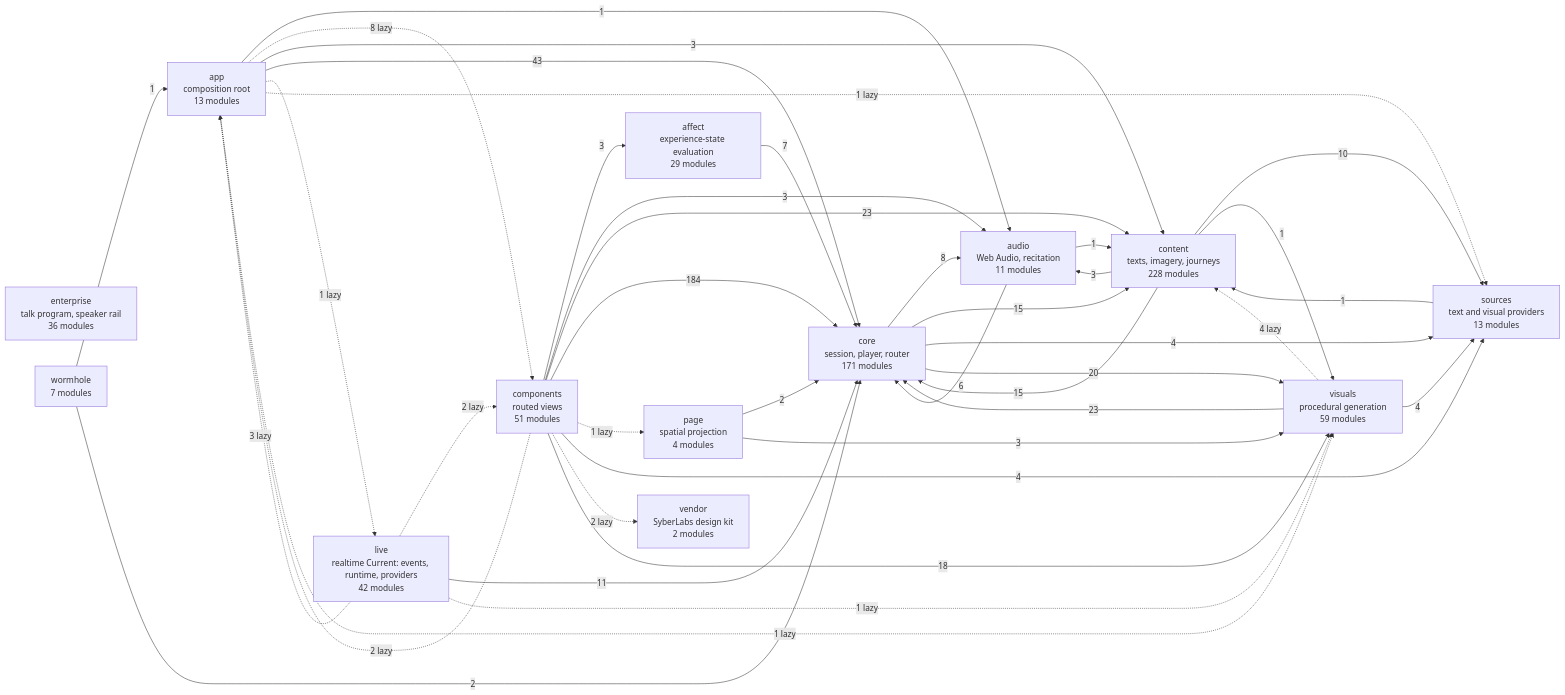
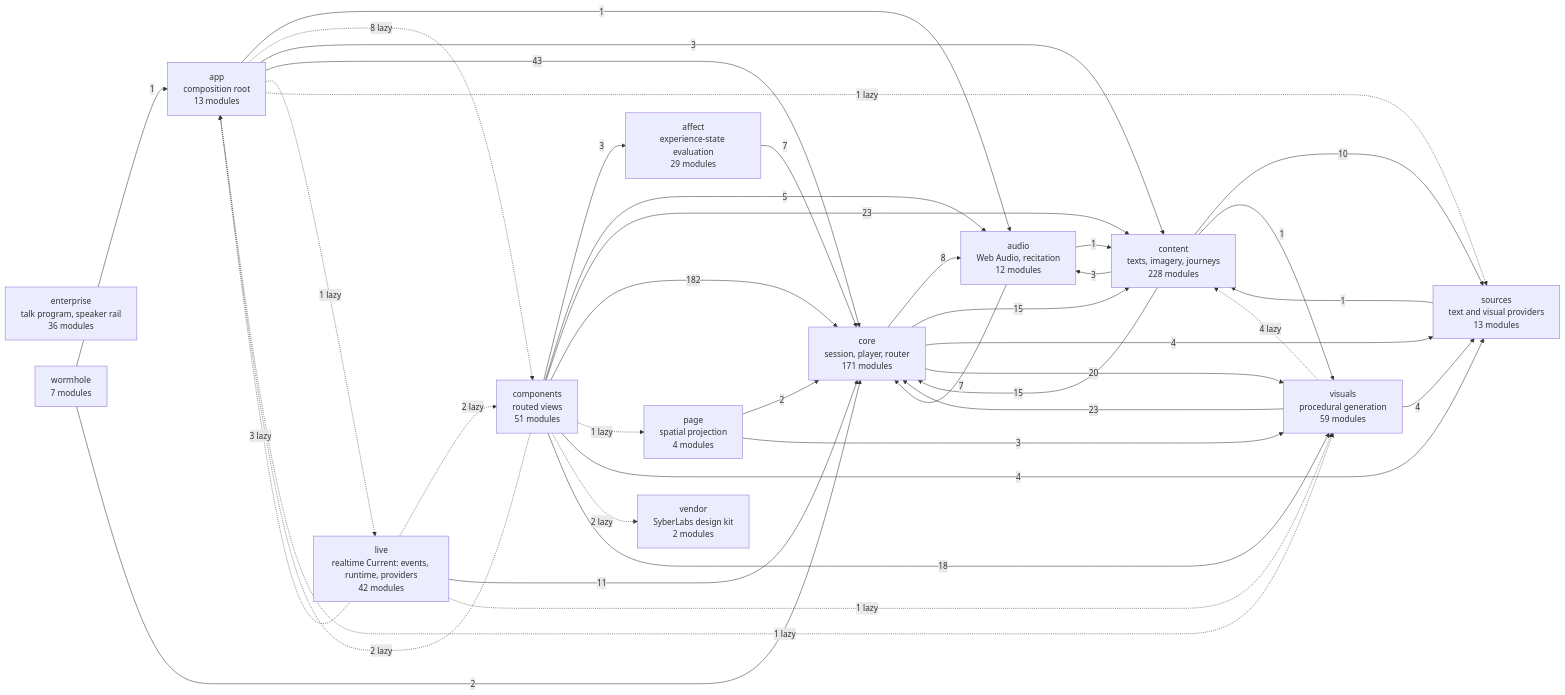
The diagram in docs/specs/ARCHITECTURE.md (SyberLabs/RISE), drawn with Mermaid before and after one commit. The commit also changed 12 other files, not shown here.

````diff
--- a/docs/specs/ARCHITECTURE.md
+++ b/docs/specs/ARCHITECTURE.md
@@ -154,56 +154,56 @@
 ```mermaid
 flowchart LR
     affect["affect<br/>experience-state evaluation<br/>29 modules"]
     app["app<br/>composition root<br/>13 modules"]
-    audio["audio<br/>Web Audio, recitation<br/>11 modules"]
+    audio["audio<br/>Web Audio, recitation<br/>12 modules"]
     components["components<br/>routed views<br/>51 modules"]
     content["content<br/>texts, imagery, journeys<br/>228 modules"]
     core["core<br/>session, player, router<br/>171 modules"]
     enterprise["enterprise<br/>talk program, speaker rail<br/>36 modules"]
     live["live<br/>realtime Current: events, runtime, providers<br/>42 modules"]
     page["page<br/>spatial projection<br/>4 modules"]
     sources["sources<br/>text and visual providers<br/>13 modules"]
     vendor["vendor<br/>SyberLabs design kit<br/>2 modules"]
     visuals["visuals<br/>procedural generation<br/>59 modules"]
     wormhole["wormhole<br/>7 modules"]
 
     affect --> |7| core
     app --> |1| audio
     app -.-> |8 lazy| components
     app --> |3| content
     app --> |43| core
     app -.-> |1 lazy| live
     app -.-> |1 lazy| sources
     app -.-> |1 lazy| visuals
     audio --> |1| content
-    audio --> |6| core
+    audio --> |7| core
     components --> |3| affect
     components -.-> |2 lazy| app
-    components --> |3| audio
+    components --> |5| audio
     components --> |23| content
-    components --> |184| core
+    components --> |182| core
     components -.-> |1 lazy| page
     components --> |4| sources
     components -.-> |2 lazy| vendor
     components --> |18| visuals
     content --> |3| audio
     content --> |15| core
     content --> |10| sources
     content --> |1| visuals
     core --> |8| audio
     core --> |15| content
     core --> |4| sources
     core --> |20| visuals
     live -.-> |3 lazy| app
     live -.-> |2 lazy| components
     live --> |11| core
     live -.-> |1 lazy| visuals
     page --> |2| core
     page --> |3| visuals
     sources --> |1| content
     visuals -.-> |4 lazy| content
     visuals --> |23| core
     visuals --> |4| sources
     wormhole --> |1| app
     wormhole --> |2| core
 ```
````
